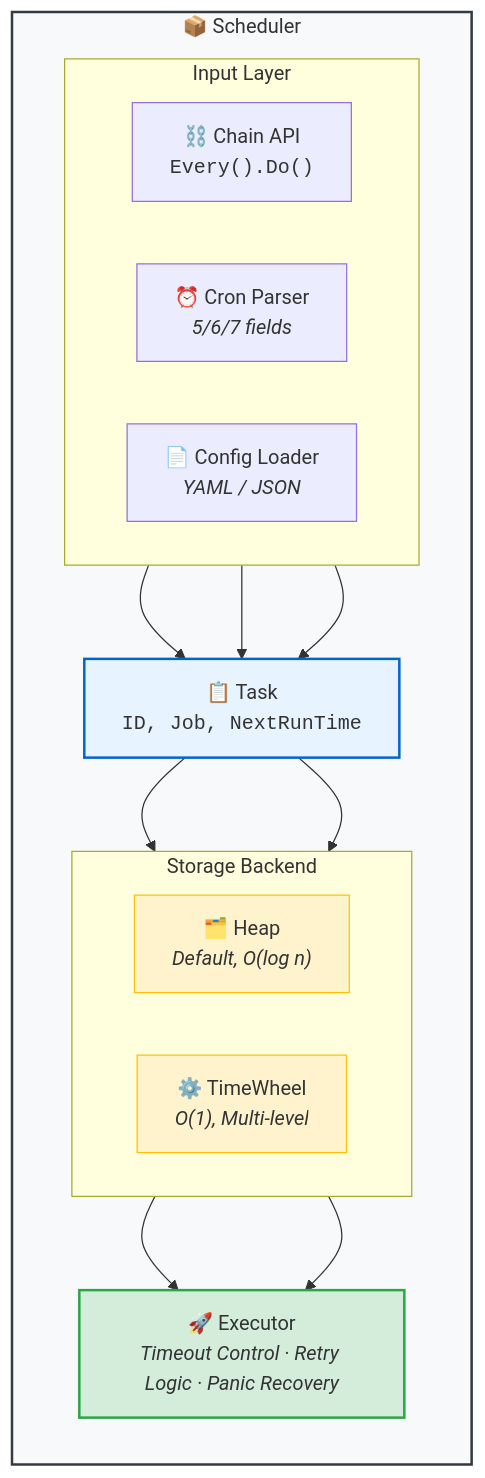
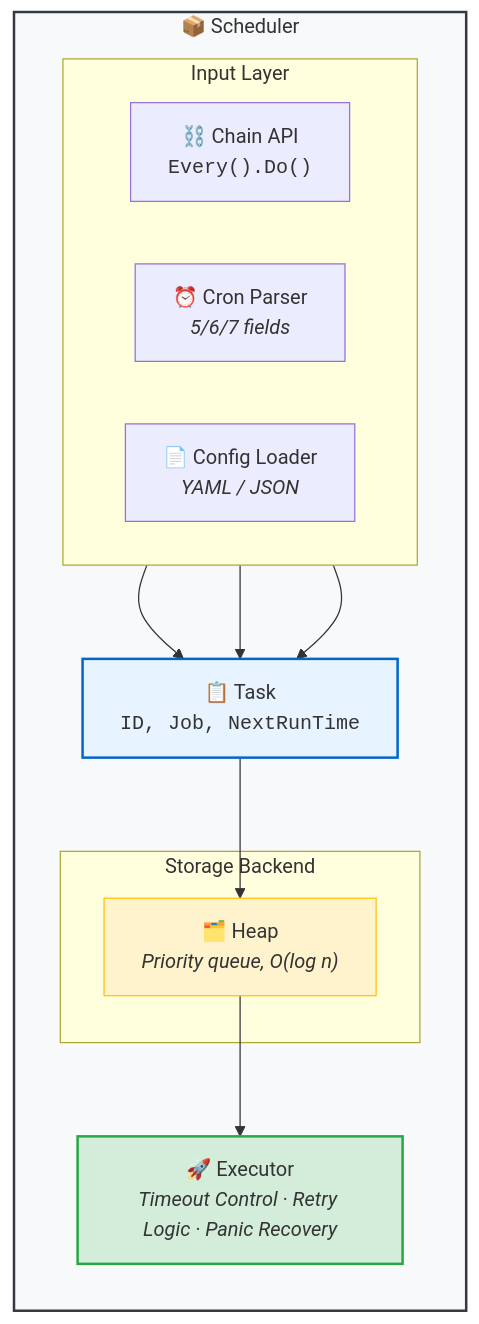
The diagram in README.md (hansir-hsj/GoLiteCron), drawn with Mermaid before and after one commit. The commit also changed other lines of this file and 37 other files, not shown here.

````diff
--- a/README.md
+++ b/README.md
@@ -63,37 +63,32 @@
 ```mermaid
 flowchart TB
     subgraph Scheduler["📦 Scheduler"]
         direction TB
         
         subgraph Input["Input Layer"]
             direction LR
             ChainAPI["⛓️ Chain API<br/><code>Every().Do()</code>"]
             CronParser["⏰ Cron Parser<br/><i>5/6/7 fields</i>"]
             ConfigLoader["📄 Config Loader<br/><i>YAML / JSON</i>"]
         end
         
         Task["📋 Task<br/><code>ID, Job, NextRunTime</code>"]
         
         subgraph Storage["Storage Backend"]
-            direction LR
-            Heap["🗂️ Heap<br/><i>Default, O(log n)</i>"]
-            TimeWheel["⚙️ TimeWheel<br/><i>O(1), Multi-level</i>"]
+            Heap["🗂️ Heap<br/><i>Priority queue, O(log n)</i>"]
         end
         
         Executor["🚀 Executor<br/><i>Timeout Control · Retry Logic · Panic Recovery</i>"]
     end
     
     ChainAPI --> Task
     CronParser --> Task
     ConfigLoader --> Task
     Task --> Heap
-    Task --> TimeWheel
     Heap --> Executor
-    TimeWheel --> Executor
 
     style Scheduler fill:#f8f9fa,stroke:#343a40,stroke-width:2px
     style Task fill:#e7f3ff,stroke:#0066cc,stroke-width:2px
     style Executor fill:#d4edda,stroke:#28a745,stroke-width:2px
     style Heap fill:#fff3cd,stroke:#ffc107,stroke-width:1px
-    style TimeWheel fill:#fff3cd,stroke:#ffc107,stroke-width:1px
 ```
````
